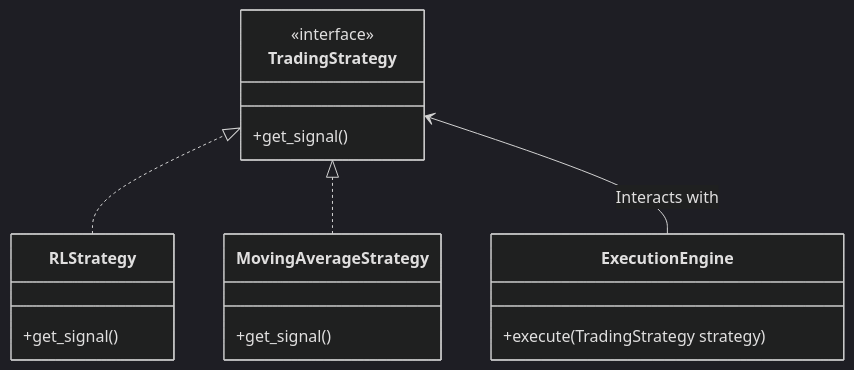
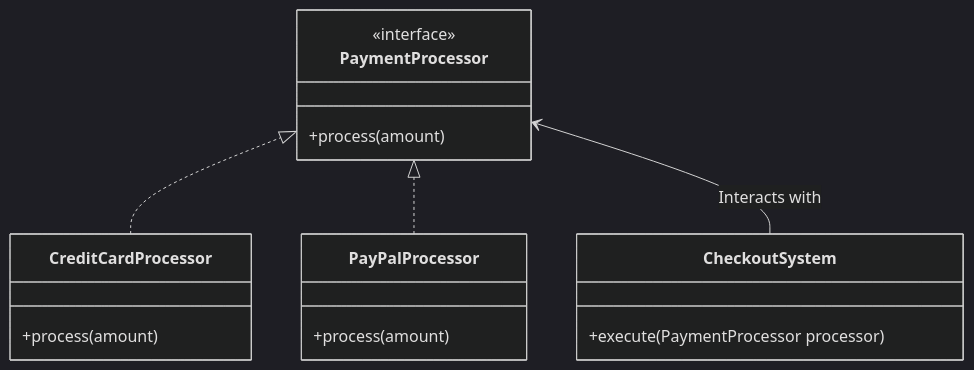
Before and after one commit to dagudelo88/From-Zero-to-hero-Software-engineer: the second of 5 diagrams in From Zero To Hero/2. Programming Paradigms & Architecture/2.1 OOP.md, drawn with Mermaid (dark theme). The commit also changed other lines of this file and 5 other files, not shown here.

````diff
--- a/From Zero To Hero/2. Programming Paradigms & Architecture/2.1 OOP.md
+++ b/From Zero To Hero/2. Programming Paradigms & Architecture/2.1 OOP.md
@@ -200,22 +196,21 @@
 ```mermaid
 classDiagram
     direction BT
-    class TradingStrategy {
+    class PaymentProcessor {
         <<interface>>
-        +get_signal()
+        +process(amount)
     }
-    class RLStrategy {
-        +get_signal()
+    class CreditCardProcessor {
+        +process(amount)
     }
-    class MovingAverageStrategy {
-        +get_signal()
+    class PayPalProcessor {
+        +process(amount)
     }
-    class ExecutionEngine {
-        +execute(TradingStrategy strategy)
+    class CheckoutSystem {
+        +execute(PaymentProcessor processor)
     }
 
-    RLStrategy ..|> TradingStrategy
-    MovingAverageStrategy ..|> TradingStrategy
-    ExecutionEngine --> TradingStrategy : Interacts with
-
+    CreditCardProcessor ..|> PaymentProcessor
+    PayPalProcessor ..|> PaymentProcessor
+    CheckoutSystem --> PaymentProcessor : Interacts with
 ```
````
